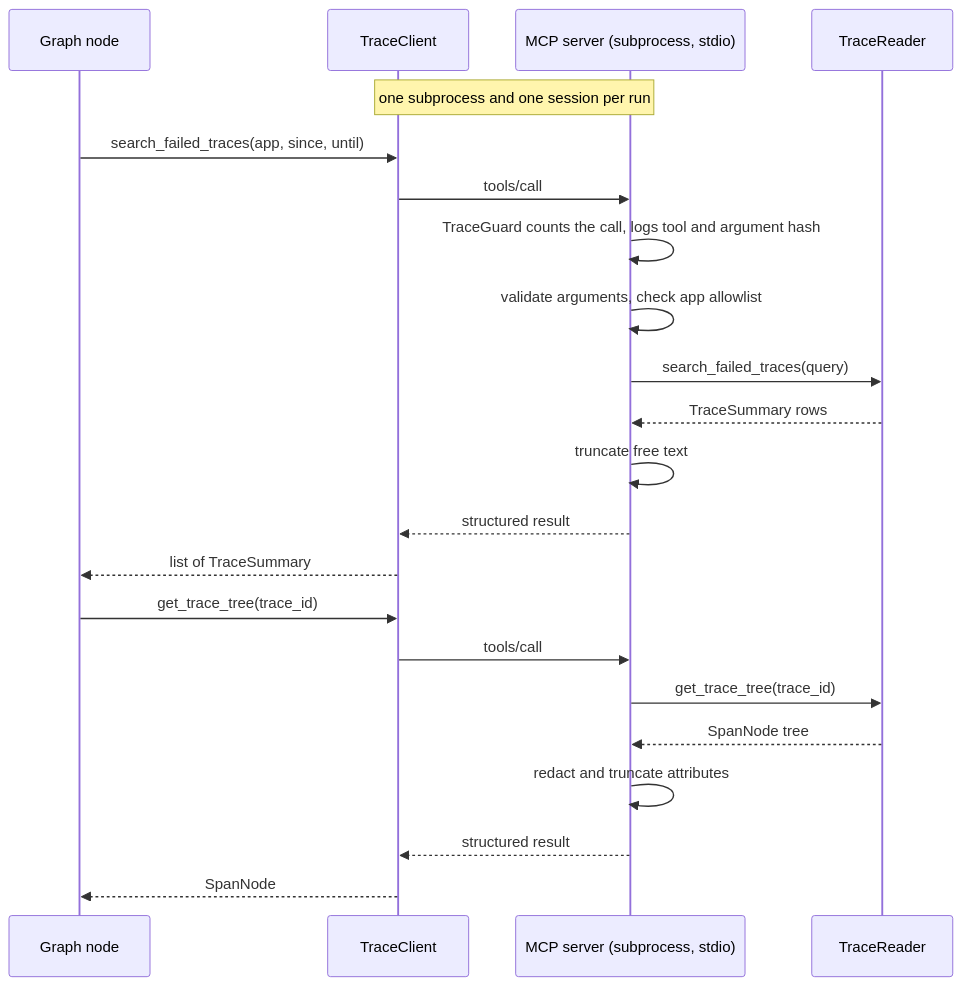
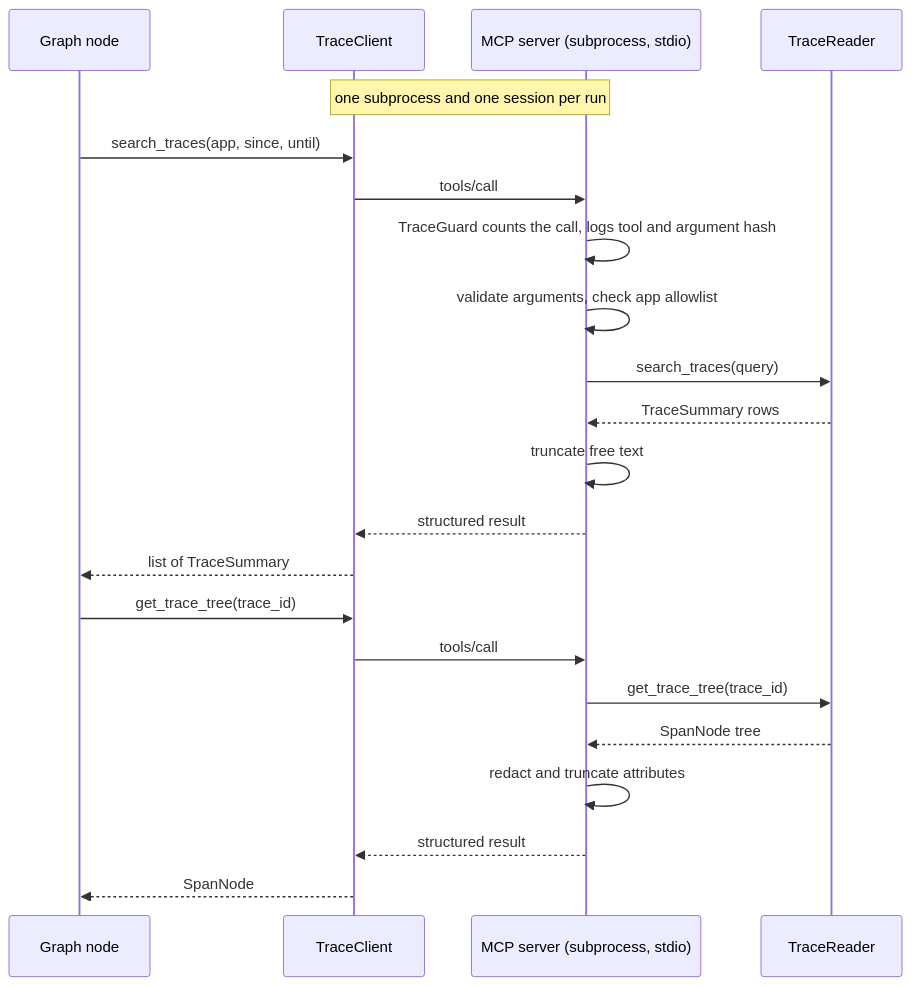
One commit to Nelev/tracescan changed the third of 5 diagrams in README.md. Above: the diagram before and after it, drawn with Mermaid. The commit also changed other lines of this file and 40 other files, not shown here.

First line of the commit message:
feat: judge every trace in the graph and remove the heuristic scoring job

````diff
--- a/README.md
+++ b/README.md
@@ -166,25 +166,25 @@
 ```mermaid
 sequenceDiagram
     participant G as Graph node
     participant C as TraceClient
     participant S as MCP server (subprocess, stdio)
     participant R as TraceReader
 
     Note over C,S: one subprocess and one session per run
-    G->>C: search_failed_traces(app, since, until)
+    G->>C: search_traces(app, since, until)
     C->>S: tools/call
     S->>S: TraceGuard counts the call, logs tool and argument hash
     S->>S: validate arguments, check app allowlist
-    S->>R: search_failed_traces(query)
+    S->>R: search_traces(query)
     R-->>S: TraceSummary rows
     S->>S: truncate free text
     S-->>C: structured result
     C-->>G: list of TraceSummary
     G->>C: get_trace_tree(trace_id)
     C->>S: tools/call
     S->>R: get_trace_tree(trace_id)
     R-->>S: SpanNode tree
     S->>S: redact and truncate attributes
     S-->>C: structured result
     C-->>G: SpanNode
 ```
````
